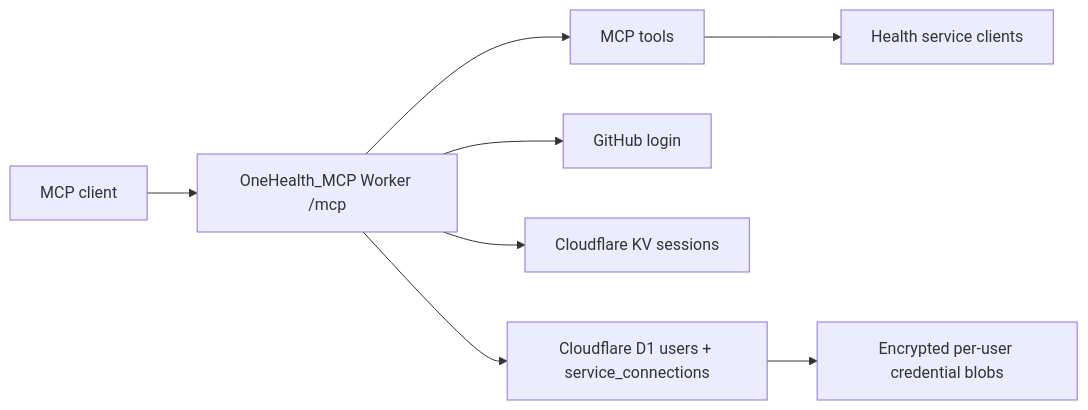
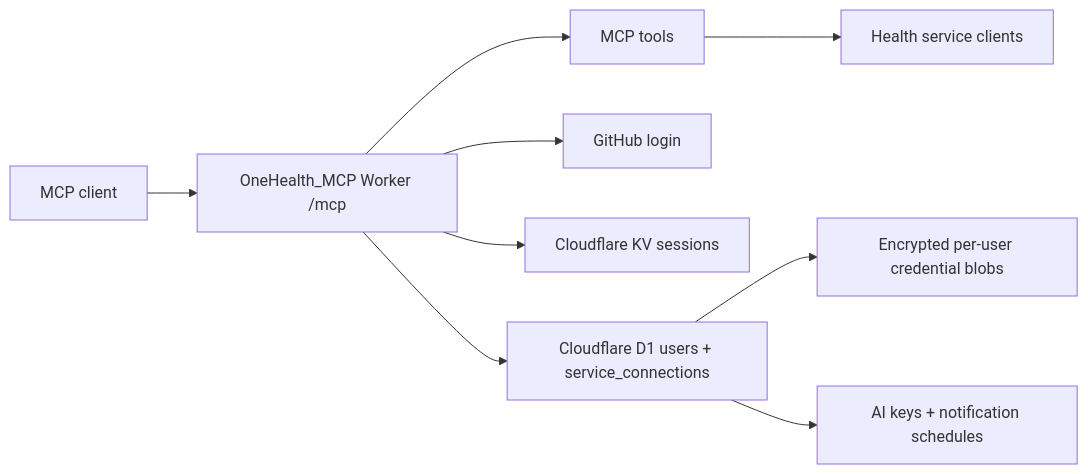
The diagram in README.md (senoj100-alt/OneHealth_MCP), drawn with Mermaid before and after one commit. The commit also changed other lines of this file and 12 other files, not shown here.

````diff
--- a/README.md
+++ b/README.md
@@ -18,10 +20,11 @@
 ```mermaid
 flowchart LR
 	A["MCP client"] --> B["OneHealth_MCP Worker /mcp"]
 	B --> C["MCP tools"]
 	C --> D["Health service clients"]
 	B --> E["GitHub login"]
 	B --> F["Cloudflare KV sessions"]
 	B --> G["Cloudflare D1 users + service_connections"]
 	G --> H["Encrypted per-user credential blobs"]
+	G --> I["AI keys + notification schedules"]
 ```
````
